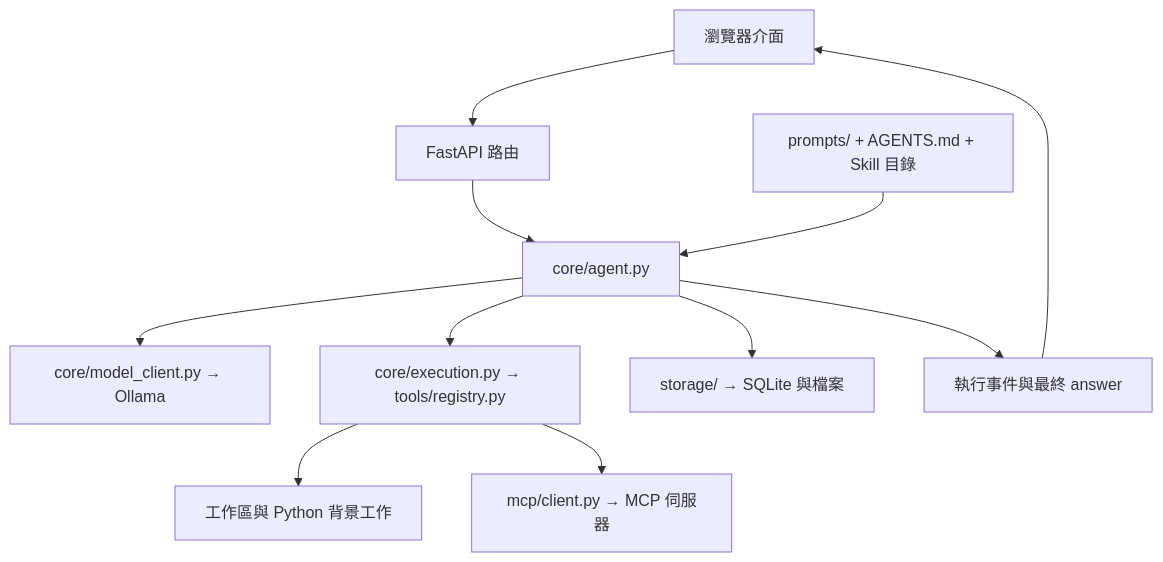
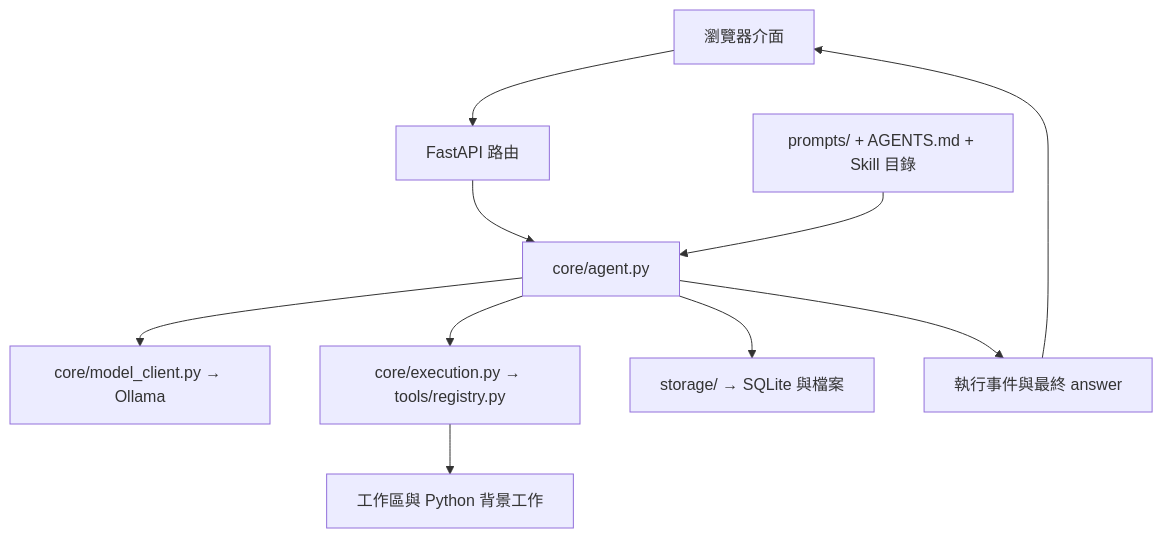
The diagram in docs/architecture.md (NONAME0924/simple-agent-train), drawn with Mermaid before and after one commit. The commit also changed other lines of this file and 61 other files, not shown here.

````diff
--- a/docs/architecture.md
+++ b/docs/architecture.md
@@ -7,13 +7,12 @@
 ```mermaid
 flowchart TD
   UI[瀏覽器介面] --> API[FastAPI 路由]
   API --> Agent[core/agent.py]
   Agent --> Model[core/model_client.py → Ollama]
   Agent --> Tools[core/execution.py → tools/registry.py]
   Tools --> Workspace[工作區與 Python 背景工作]
-  Tools --> MCP[mcp/client.py → MCP 伺服器]
   Agent --> Storage[storage/ → SQLite 與檔案]
   Prompts[prompts/ + AGENTS.md + Skill 目錄] --> Agent
   Agent --> Events[執行事件與最終 answer]
   Events --> UI
 ```
````
